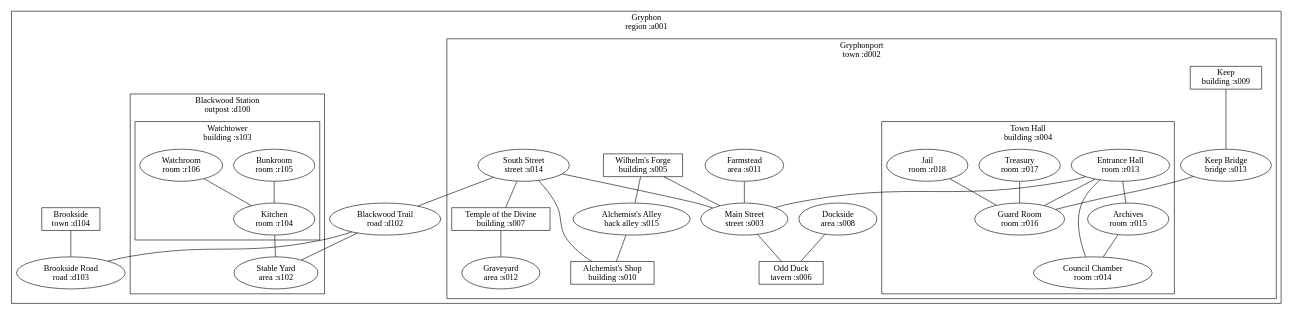
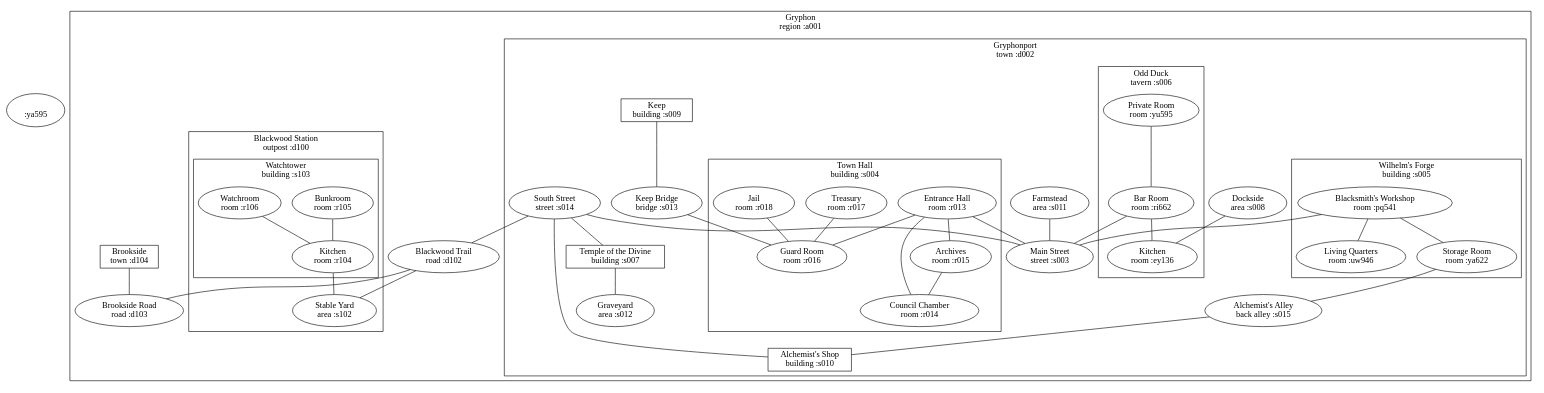
Before and after one commit to Chouser/gryphonport: the diagram in world.dot, drawn with Graphviz. The commit also changed 8 other files, not shown here.

```diff
--- a/world.dot
+++ b/world.dot
@@ -1,68 +1,83 @@
 graph world {
+  ya595[shape=ellipse, label="\n :ya595"];
   subgraph cluster_a001 {
   label="Gryphon\nregion :a001";
     subgraph cluster_d002 {
     label="Gryphonport\ntown :d002";
       s003[shape=ellipse, label="Main Street\nstreet :s003"];
       subgraph cluster_s004 {
       label="Town Hall\nbuilding :s004";
         r013[shape=ellipse, label="Entrance Hall\nroom :r013"];
         r014[shape=ellipse, label="Council Chamber\nroom :r014"];
         r015[shape=ellipse, label="Archives\nroom :r015"];
         r016[shape=ellipse, label="Guard Room\nroom :r016"];
         r017[shape=ellipse, label="Treasury\nroom :r017"];
         r018[shape=ellipse, label="Jail\nroom :r018"];
       }
-      s005[shape=box, label="Wilhelm's Forge\nbuilding :s005"];
-      s006[shape=box, label="Odd Duck\ntavern :s006"];
+      subgraph cluster_s005 {
+      label="Wilhelm's Forge\nbuilding :s005";
+        pq541[shape=ellipse, label="Blacksmith's Workshop\nroom :pq541"];
+        uw946[shape=ellipse, label="Living Quarters\nroom :uw946"];
+        ya622[shape=ellipse, label="Storage Room\nroom :ya622"];
+      }
+      subgraph cluster_s006 {
+      label="Odd Duck\ntavern :s006";
+        ey136[shape=ellipse, label="Kitchen\nroom :ey136"];
+        ri662[shape=ellipse, label="Bar Room\nroom :ri662"];
+        yu595[shape=ellipse, label="Private Room\nroom :yu595"];
+      }
       s007[shape=box, label="Temple of the Divine\nbuilding :s007"];
       s008[shape=ellipse, label="Dockside\narea :s008"];
       s009[shape=box, label="Keep\nbuilding :s009"];
       s010[shape=box, label="Alchemist's Shop\nbuilding :s010"];
       s011[shape=ellipse, label="Farmstead\narea :s011"];
       s012[shape=ellipse, label="Graveyard\narea :s012"];
       s013[shape=ellipse, label="Keep Bridge\nbridge :s013"];
       s014[shape=ellipse, label="South Street\nstreet :s014"];
       s015[shape=ellipse, label="Alchemist's Alley\nback alley :s015"];
     }
     subgraph cluster_d100 {
     label="Blackwood Station\noutpost :d100";
       s102[shape=ellipse, label="Stable Yard\narea :s102"];
       subgraph cluster_s103 {
       label="Watchtower\nbuilding :s103";
         r104[shape=ellipse, label="Kitchen\nroom :r104"];
         r105[shape=ellipse, label="Bunkroom\nroom :r105"];
         r106[shape=ellipse, label="Watchroom\nroom :r106"];
       }
     }
     d102[shape=ellipse, label="Blackwood Trail\nroad :d102"];
     d103[shape=ellipse, label="Brookside Road\nroad :d103"];
     d104[shape=box, label="Brookside\ntown :d104"];
   }
-  s003 -- s006;
   s013 -- r016;
+  pq541 -- s003;
+  ri662 -- ey136;
   d102 -- s102;
   s014 -- d102;
   d102 -- d103;
+  ya622 -- s015;
   r106 -- r104;
   s007 -- s012;
   s014 -- s003;
+  s008 -- ey136;
   r104 -- s102;
+  pq541 -- uw946;
   r018 -- r016;
   r013 -- r015;
-  s008 -- s006;
-  s005 -- s003;
   r015 -- r014;
   r013 -- s003;
   d104 -- d103;
   r013 -- r014;
   s009 -- s013;
   r017 -- r016;
   s014 -- s010;
   s014 -- s007;
-  s005 -- s015;
+  ri662 -- s003;
   s015 -- s010;
   r105 -- r104;
   r013 -- r016;
+  pq541 -- ya622;
+  yu595 -- ri662;
   s011 -- s003;
 }
```
